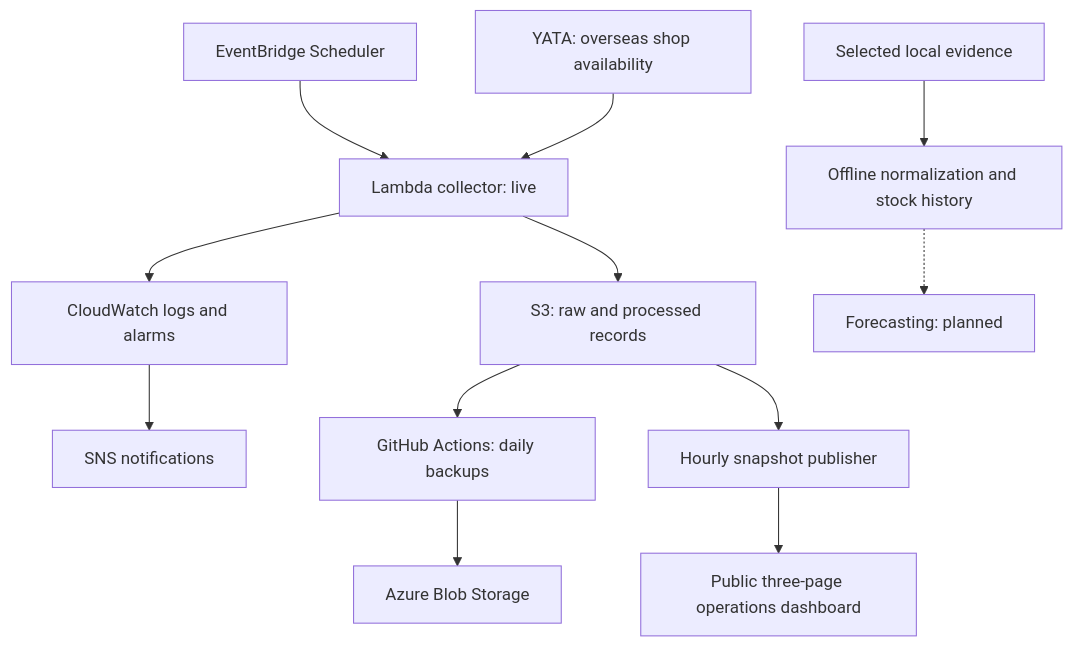
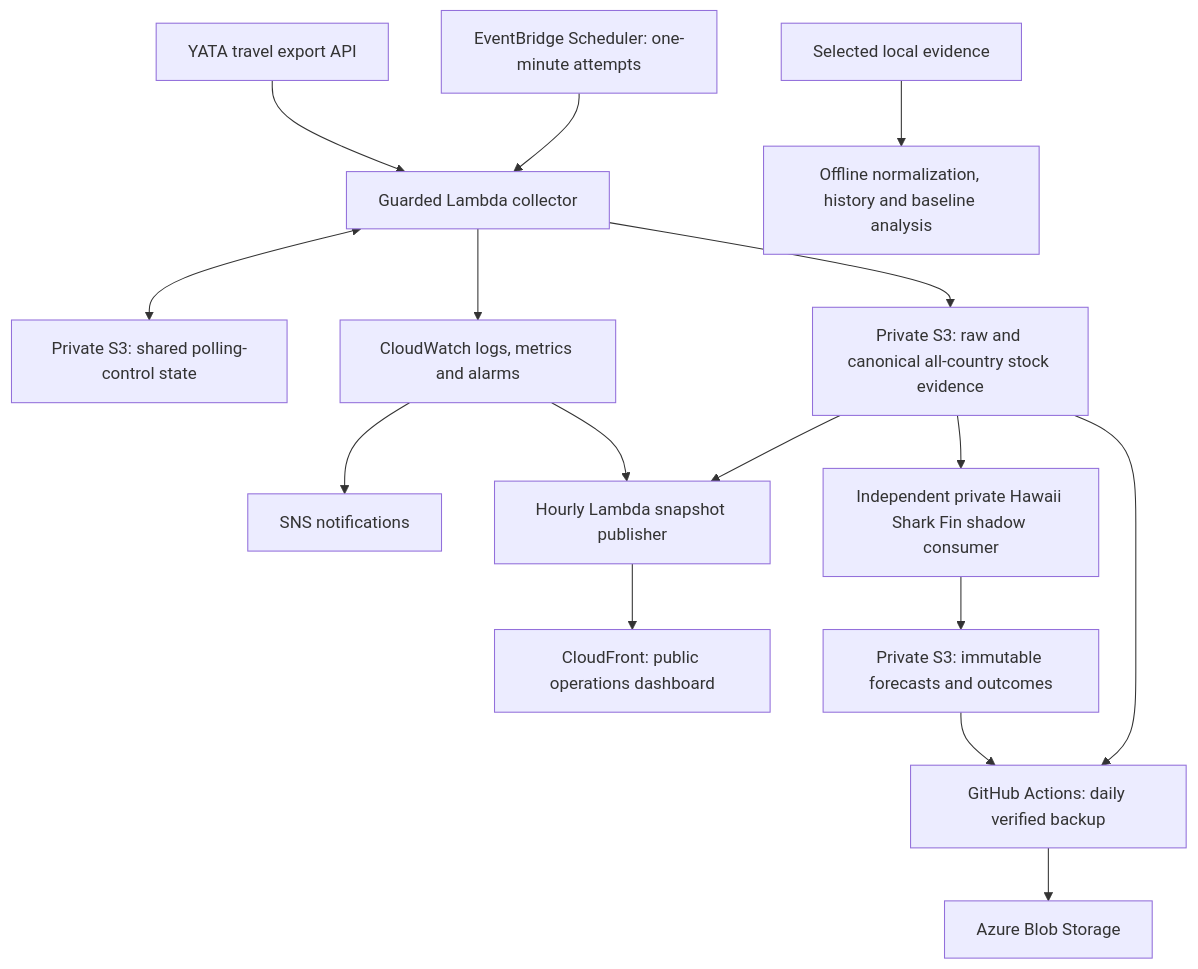
The diagram in README.md (epmelito/TornRedeye), drawn with Mermaid before and after one commit. The commit also changed other lines of this file and 52 other files, not shown here.

First line of the commit message:
Generalize operational stock evidence (#54)

````diff
--- a/README.md
+++ b/README.md
@@ -52,14 +20,18 @@
 ```mermaid
 flowchart TD
-    schedule["EventBridge Scheduler"] --> collector["Lambda collector: live"]
-    source["YATA: overseas shop availability"] --> collector
-    collector --> history["S3: raw and processed records"]
-    collector --> monitoring["CloudWatch logs and alarms"]
+    schedule["EventBridge Scheduler: one-minute attempts"] --> collector["Guarded Lambda collector"]
+    source["YATA travel export API"] --> collector
+    collector <--> control["Private S3: shared polling-control state"]
+    collector --> history["Private S3: raw and canonical all-country stock evidence"]
+    collector --> monitoring["CloudWatch logs, metrics and alarms"]
     monitoring --> notifications["SNS notifications"]
-    history --> backup["GitHub Actions: daily backups"]
+    history --> backup["GitHub Actions: daily verified backup"]
     backup --> azure["Azure Blob Storage"]
-    history --> publisher["Hourly snapshot publisher"]
-    publisher --> dashboard["Public three-page operations dashboard"]
-    local["Selected local evidence"] --> analysis["Offline normalization and stock history"]
-    analysis -.-> forecasting["Forecasting: planned"]
+    history --> publisher["Hourly Lambda snapshot publisher"]
+    monitoring --> publisher
+    publisher --> dashboard["CloudFront: public operations dashboard"]
+    history --> shadow["Independent private Hawaii Shark Fin shadow consumer"]
+    shadow --> forecasts["Private S3: immutable forecasts and outcomes"]
+    forecasts --> backup
+    local["Selected local evidence"] --> analysis["Offline normalization, history and baseline analysis"]
 ```
````
